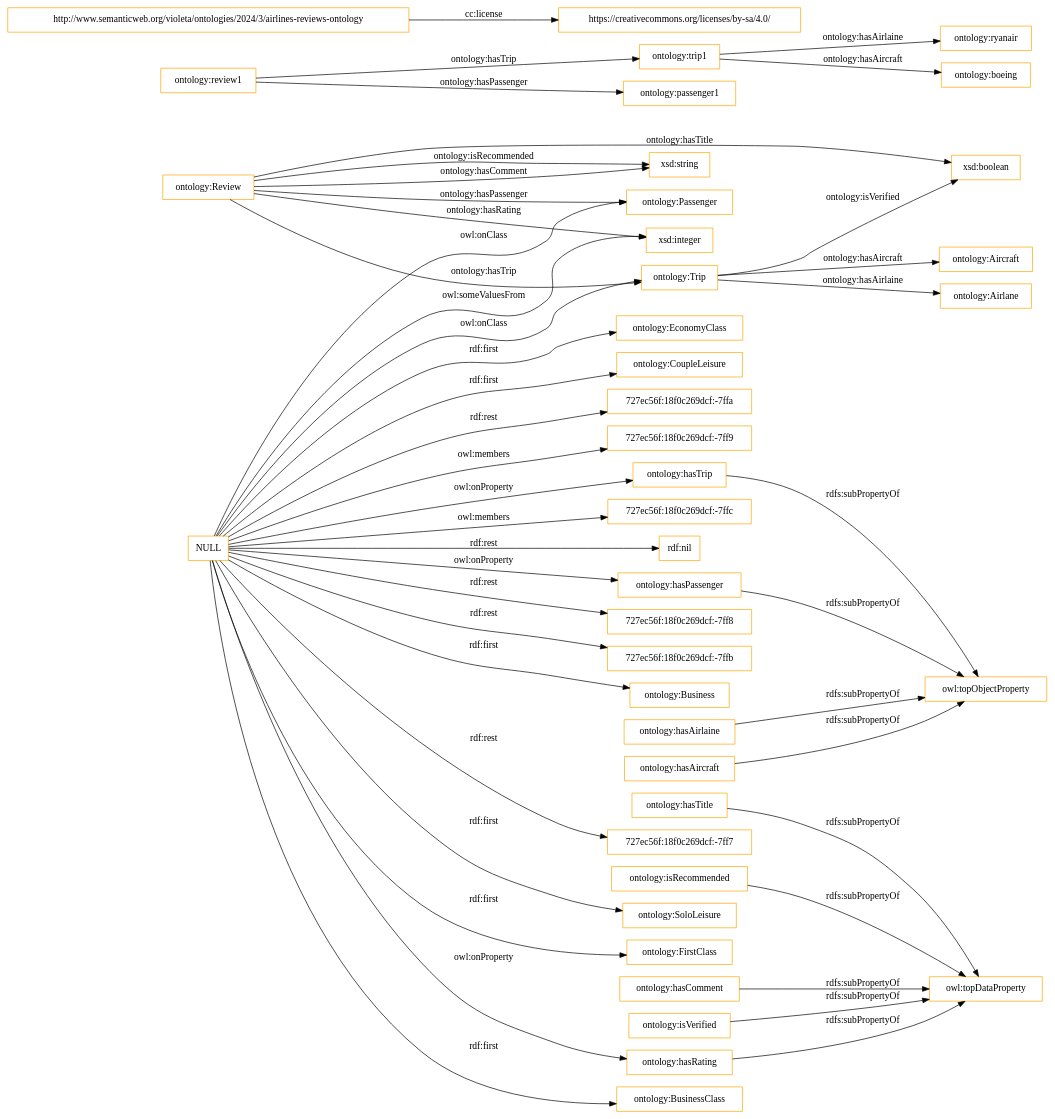
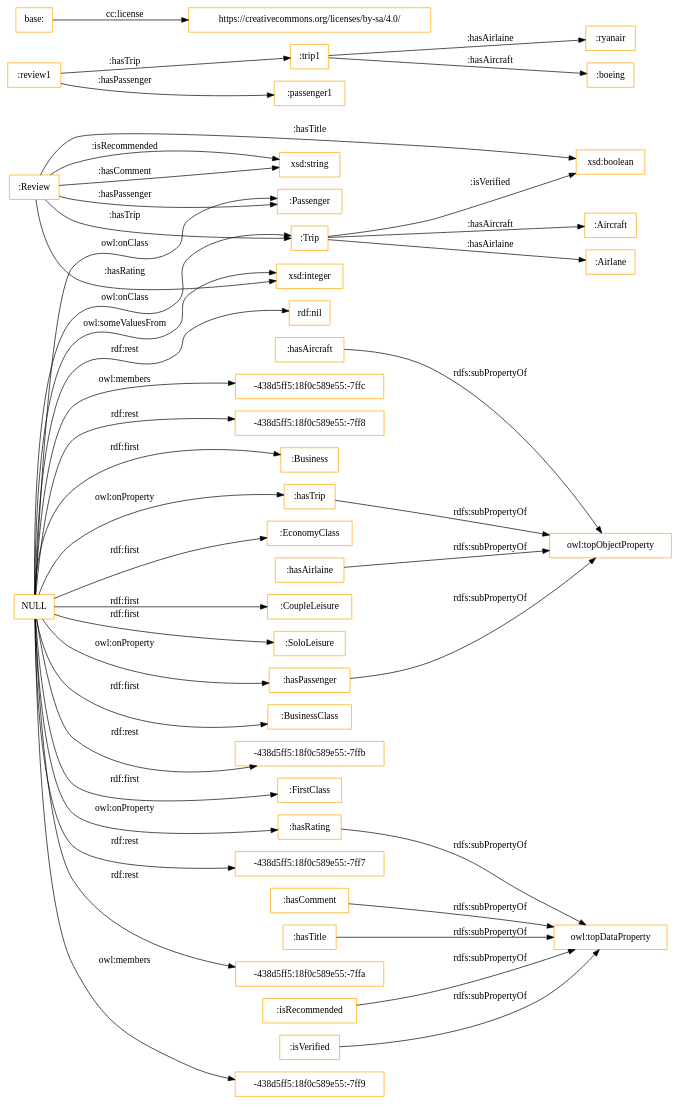
Before and after one commit to Violetaaa/RC-PEC2: the diagram in OnToology/ontology.ttl/diagrams/ar2dtool-class/ontology.ttl.png.dot, drawn with Graphviz. The commit also changed 12 other files, not shown here.

```diff
--- a/OnToology/ontology.ttl/diagrams/ar2dtool-class/ontology.ttl.png.dot
+++ b/OnToology/ontology.ttl/diagrams/ar2dtool-class/ontology.ttl.png.dot
@@ -1,48 +1,48 @@
 digraph ar2dtool_diagram { 
 rankdir=LR;
 size="1501"
-node [shape = rectangle, color="orange"]; "ontology:SoloLeisure" "ontology:FirstClass" "ontology:BusinessClass" "ontology:EconomyClass" "ontology:CoupleLeisure" "ontology:Trip" "ontology:Airlane" "ontology:Aircraft" "ontology:Review" "ontology:Passenger" "ontology:Business" ; /*classes style*/
-	"ontology:hasTitle" -> "owl:topDataProperty" [ label = "rdfs:subPropertyOf" ];
-	"ontology:isVerified" -> "owl:topDataProperty" [ label = "rdfs:subPropertyOf" ];
-	"ontology:hasAircraft" -> "owl:topObjectProperty" [ label = "rdfs:subPropertyOf" ];
-	"ontology:hasRating" -> "owl:topDataProperty" [ label = "rdfs:subPropertyOf" ];
-	"ontology:isRecommended" -> "owl:topDataProperty" [ label = "rdfs:subPropertyOf" ];
-	"ontology:trip1" -> "ontology:ryanair" [ label = "ontology:hasAirlaine" ];
-	"ontology:trip1" -> "ontology:boeing" [ label = "ontology:hasAircraft" ];
-	"ontology:hasAirlaine" -> "owl:topObjectProperty" [ label = "rdfs:subPropertyOf" ];
-	"ontology:hasComment" -> "owl:topDataProperty" [ label = "rdfs:subPropertyOf" ];
-	"ontology:hasPassenger" -> "owl:topObjectProperty" [ label = "rdfs:subPropertyOf" ];
-	"ontology:hasTrip" -> "owl:topObjectProperty" [ label = "rdfs:subPropertyOf" ];
-	"ontology:review1" -> "ontology:trip1" [ label = "ontology:hasTrip" ];
-	"ontology:review1" -> "ontology:passenger1" [ label = "ontology:hasPassenger" ];
-	"NULL" -> "ontology:SoloLeisure" [ label = "rdf:first" ];
+node [shape = rectangle, color="orange"]; ":FirstClass" ":Aircraft" ":Trip" ":Business" ":EconomyClass" ":CoupleLeisure" ":SoloLeisure" ":Airlane" ":Review" ":Passenger" ":BusinessClass" ; /*classes style*/
+	":hasComment" -> "owl:topDataProperty" [ label = "rdfs:subPropertyOf" ];
+	":trip1" -> ":ryanair" [ label = ":hasAirlaine" ];
+	":trip1" -> ":boeing" [ label = ":hasAircraft" ];
+	":hasTrip" -> "owl:topObjectProperty" [ label = "rdfs:subPropertyOf" ];
+	":hasAircraft" -> "owl:topObjectProperty" [ label = "rdfs:subPropertyOf" ];
+	":review1" -> ":trip1" [ label = ":hasTrip" ];
+	":review1" -> ":passenger1" [ label = ":hasPassenger" ];
+	":hasAirlaine" -> "owl:topObjectProperty" [ label = "rdfs:subPropertyOf" ];
+	":hasRating" -> "owl:topDataProperty" [ label = "rdfs:subPropertyOf" ];
+	":isVerified" -> "owl:topDataProperty" [ label = "rdfs:subPropertyOf" ];
+	":hasPassenger" -> "owl:topObjectProperty" [ label = "rdfs:subPropertyOf" ];
+	"NULL" -> "-438d5ff5:18f0c589e55:-7ffb" [ label = "rdf:rest" ];
+	"NULL" -> ":hasRating" [ label = "owl:onProperty" ];
 	"NULL" -> "xsd:integer" [ label = "owl:someValuesFrom" ];
-	"NULL" -> "ontology:hasRating" [ label = "owl:onProperty" ];
-	"NULL" -> "727ec56f:18f0c269dcf:-7ff7" [ label = "rdf:rest" ];
-	"NULL" -> "727ec56f:18f0c269dcf:-7ffa" [ label = "rdf:rest" ];
-	"NULL" -> "ontology:CoupleLeisure" [ label = "rdf:first" ];
-	"NULL" -> "727ec56f:18f0c269dcf:-7ff9" [ label = "owl:members" ];
-	"NULL" -> "ontology:Passenger" [ label = "owl:onClass" ];
-	"NULL" -> "ontology:EconomyClass" [ label = "rdf:first" ];
-	"NULL" -> "727ec56f:18f0c269dcf:-7ffc" [ label = "owl:members" ];
-	"NULL" -> "ontology:hasPassenger" [ label = "owl:onProperty" ];
+	"NULL" -> ":FirstClass" [ label = "rdf:first" ];
+	"NULL" -> ":hasPassenger" [ label = "owl:onProperty" ];
+	"NULL" -> "-438d5ff5:18f0c589e55:-7ff7" [ label = "rdf:rest" ];
+	"NULL" -> ":EconomyClass" [ label = "rdf:first" ];
+	"NULL" -> ":Business" [ label = "rdf:first" ];
+	"NULL" -> "-438d5ff5:18f0c589e55:-7ffa" [ label = "rdf:rest" ];
+	"NULL" -> ":SoloLeisure" [ label = "rdf:first" ];
+	"NULL" -> ":Trip" [ label = "owl:onClass" ];
+	"NULL" -> ":hasTrip" [ label = "owl:onProperty" ];
+	"NULL" -> ":Passenger" [ label = "owl:onClass" ];
+	"NULL" -> ":BusinessClass" [ label = "rdf:first" ];
+	"NULL" -> "-438d5ff5:18f0c589e55:-7ff9" [ label = "owl:members" ];
 	"NULL" -> "rdf:nil" [ label = "rdf:rest" ];
-	"NULL" -> "ontology:FirstClass" [ label = "rdf:first" ];
-	"NULL" -> "ontology:BusinessClass" [ label = "rdf:first" ];
-	"NULL" -> "727ec56f:18f0c269dcf:-7ff8" [ label = "rdf:rest" ];
-	"NULL" -> "727ec56f:18f0c269dcf:-7ffb" [ label = "rdf:rest" ];
-	"NULL" -> "ontology:hasTrip" [ label = "owl:onProperty" ];
-	"NULL" -> "ontology:Trip" [ label = "owl:onClass" ];
-	"NULL" -> "ontology:Business" [ label = "rdf:first" ];
-	"http://www.semanticweb.org/violeta/ontologies/2024/3/airlines-reviews-ontology" -> "https://creativecommons.org/licenses/by-sa/4.0/" [ label = "cc:license" ];
-	"ontology:Review" -> "ontology:Passenger" [ label = "ontology:hasPassenger" ];
-	"ontology:Review" -> "xsd:string" [ label = "ontology:isRecommended" ];
-	"ontology:Review" -> "xsd:boolean" [ label = "ontology:hasTitle" ];
-	"ontology:Review" -> "ontology:Trip" [ label = "ontology:hasTrip" ];
-	"ontology:Review" -> "xsd:string" [ label = "ontology:hasComment" ];
-	"ontology:Trip" -> "xsd:boolean" [ label = "ontology:isVerified" ];
-	"ontology:Trip" -> "ontology:Airlane" [ label = "ontology:hasAirlaine" ];
-	"ontology:Trip" -> "ontology:Aircraft" [ label = "ontology:hasAircraft" ];
-	"ontology:Review" -> "xsd:integer" [ label = "ontology:hasRating" ];
+	"NULL" -> "-438d5ff5:18f0c589e55:-7ffc" [ label = "owl:members" ];
+	"NULL" -> "-438d5ff5:18f0c589e55:-7ff8" [ label = "rdf:rest" ];
+	"NULL" -> ":CoupleLeisure" [ label = "rdf:first" ];
+	":hasTitle" -> "owl:topDataProperty" [ label = "rdfs:subPropertyOf" ];
+	"base:" -> "https://creativecommons.org/licenses/by-sa/4.0/" [ label = "cc:license" ];
+	":isRecommended" -> "owl:topDataProperty" [ label = "rdfs:subPropertyOf" ];
+	":Trip" -> ":Aircraft" [ label = ":hasAircraft" ];
+	":Review" -> "xsd:integer" [ label = ":hasRating" ];
+	":Review" -> "xsd:string" [ label = ":isRecommended" ];
+	":Review" -> ":Trip" [ label = ":hasTrip" ];
+	":Review" -> "xsd:boolean" [ label = ":hasTitle" ];
+	":Trip" -> "xsd:boolean" [ label = ":isVerified" ];
+	":Review" -> ":Passenger" [ label = ":hasPassenger" ];
+	":Review" -> "xsd:string" [ label = ":hasComment" ];
+	":Trip" -> ":Airlane" [ label = ":hasAirlaine" ];
 
 }
```
